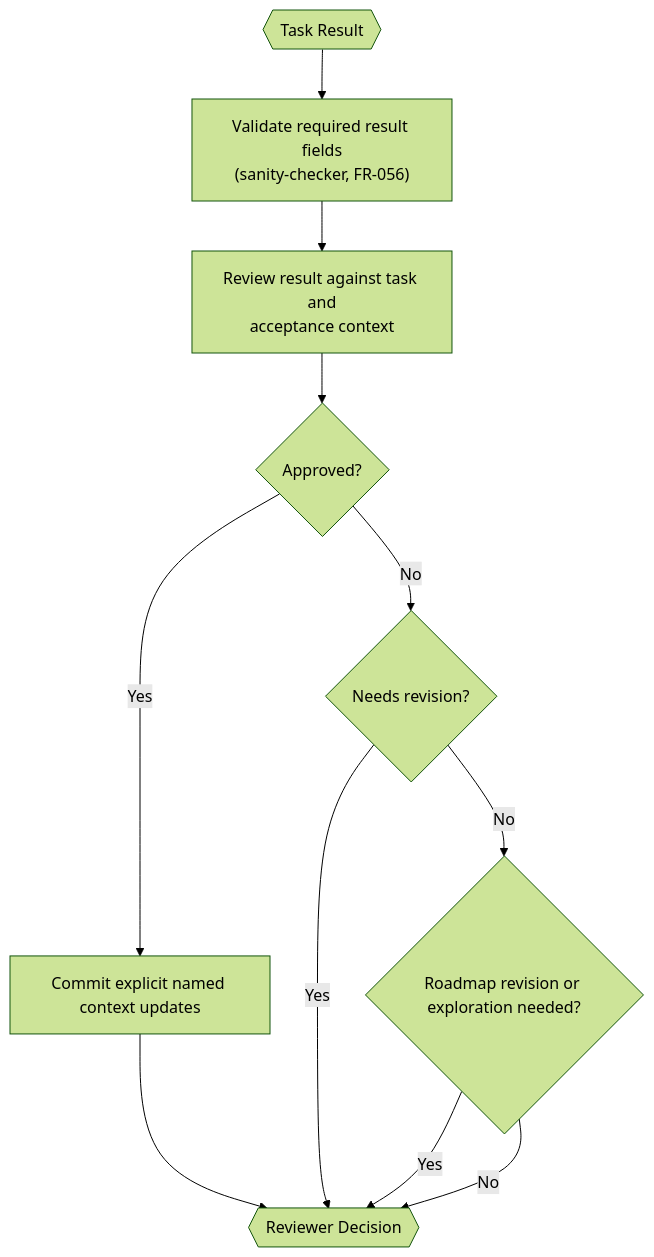
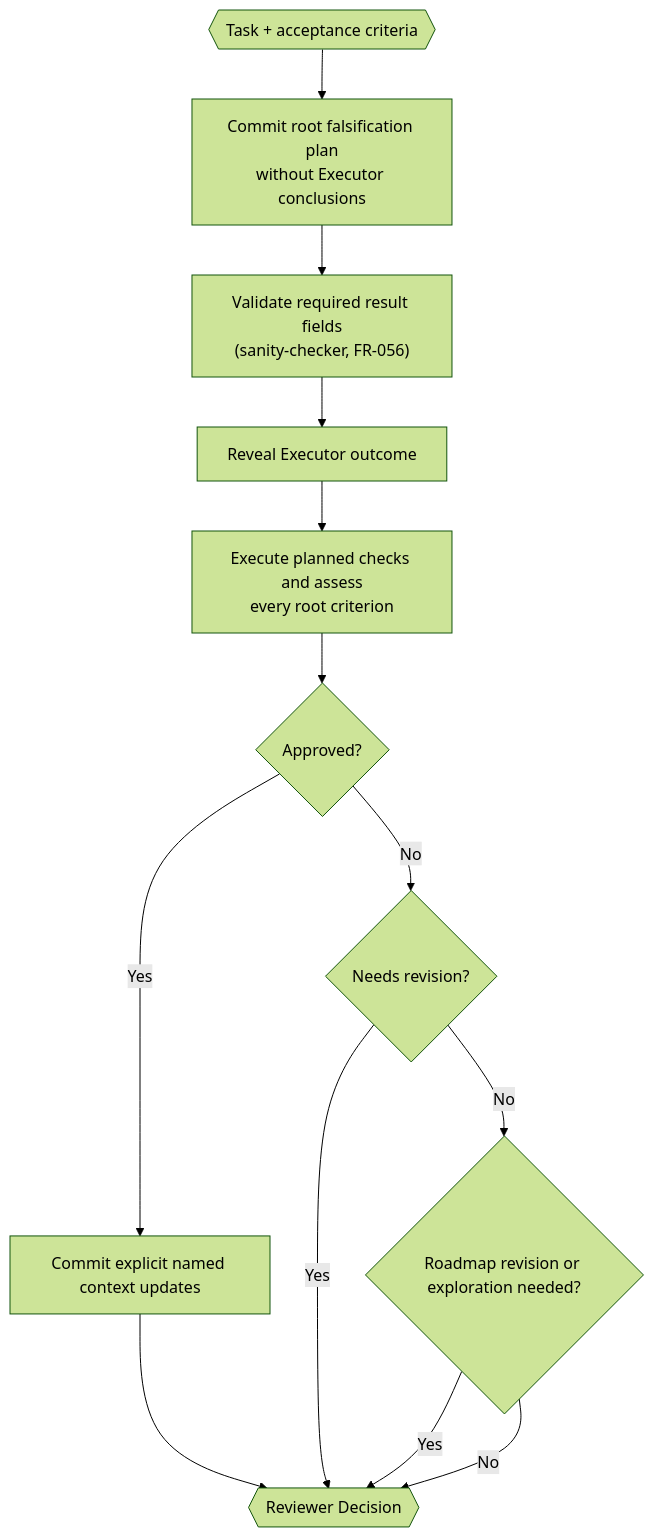
The diagram in src/tinycua/docs/architecture/result-reviewer.md (VJyzCELERY/TINYCUA), drawn with Mermaid (forest theme) before and after one commit. The commit also changed other lines of this file and 21 other files, not shown here.

Commit message:
feat(tinycua): add falsification-first root review

````diff
--- a/src/tinycua/docs/architecture/result-reviewer.md
+++ b/src/tinycua/docs/architecture/result-reviewer.md
@@ -63,22 +67,26 @@
 ```mermaid
 flowchart TD
-    INPUT{{"Task Result"}}
+    INPUT{{"Task + acceptance criteria"}}
+    PLAN["Commit root falsification plan\nwithout Executor conclusions"]
     CHECK["Validate required result fields\n(sanity-checker, FR-056)"]
-    REVIEW["Review result against task and\nacceptance context"]
+    REVEAL["Reveal Executor outcome"]
+    REVIEW["Execute planned checks and assess\nevery root criterion"]
     APPROVED{"Approved?"}
     PROP["Commit explicit named context updates"]
     REVISE{"Needs revision?"}
     REPLAN{"Roadmap revision or exploration needed?"}
     OUT{{"Reviewer Decision"}}
 
-    INPUT --> CHECK
-    CHECK --> REVIEW
+    INPUT --> PLAN
+    PLAN --> CHECK
+    CHECK --> REVEAL
+    REVEAL --> REVIEW
     REVIEW --> APPROVED
     APPROVED -->|Yes| PROP
     PROP --> OUT
     APPROVED -->|No| REVISE
     REVISE -->|Yes| OUT
     REVISE -->|No| REPLAN
     REPLAN -->|Yes| OUT
     REPLAN -->|No| OUT
 ```
````
